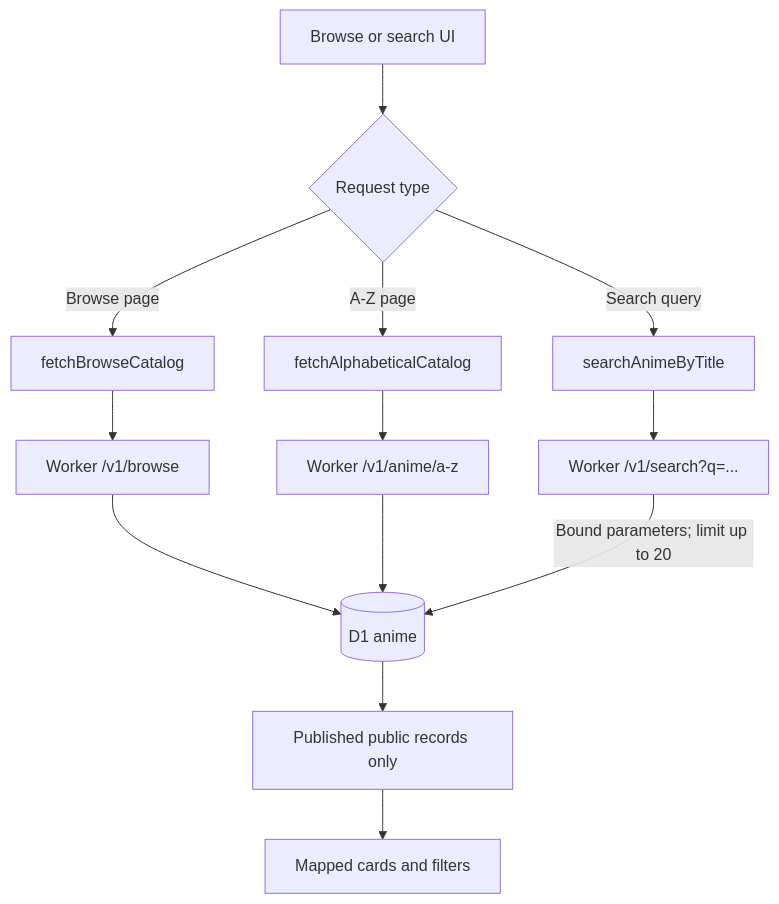
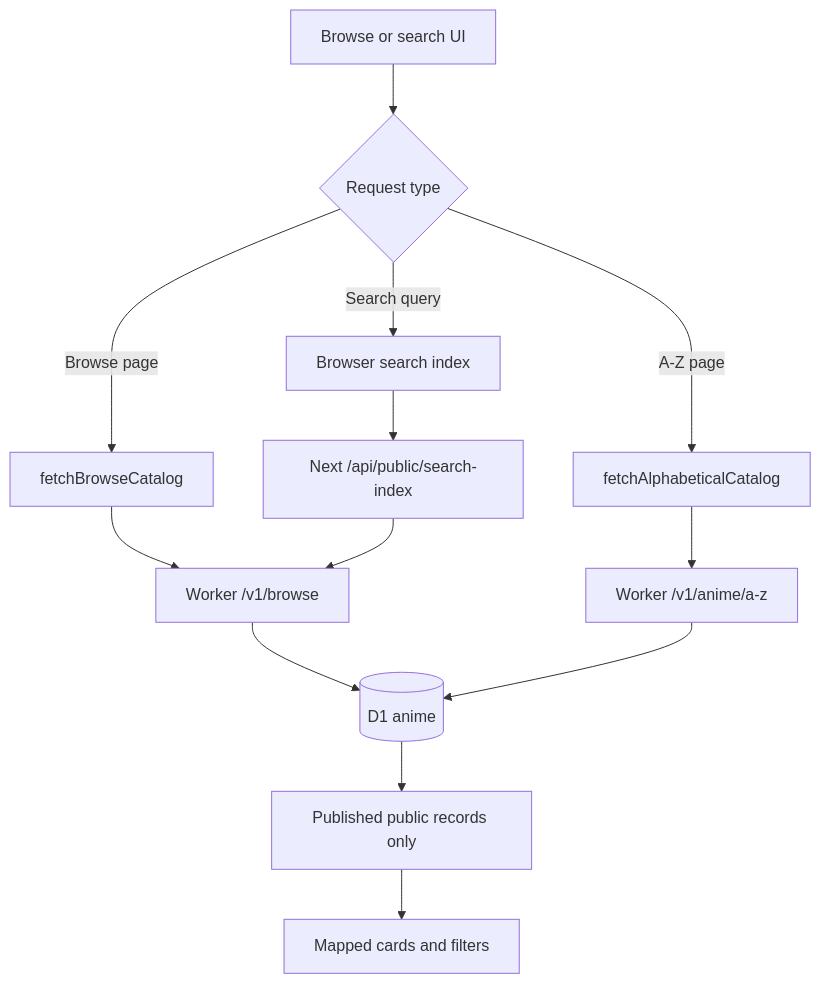
One commit to xyrusL/rioanimeplay changed the third of 8 diagrams in README.md. Above: the diagram before and after it, drawn with Mermaid. The commit also changed other lines of this file and 35 other files, not shown here.

````diff
--- a/README.md
+++ b/README.md
@@ -118,15 +118,15 @@
 ```mermaid
 flowchart TD
     B["Browse or search UI"] --> Q{"Request type"}
     Q -->|"Browse page"| BR["fetchBrowseCatalog"]
     Q -->|"A-Z page"| AZ["fetchAlphabeticalCatalog"]
-    Q -->|"Search query"| SE["searchAnimeByTitle"]
+    Q -->|"Search query"| SE["Browser search index"]
     BR --> WB["Worker /v1/browse"]
     AZ --> WA["Worker /v1/anime/a-z"]
-    SE --> WS["Worker /v1/search?q=..."]
+    SE --> SI["Next /api/public/search-index"]
     WB --> DB[("D1 anime")]
     WA --> DB
-    WS -->|"Bound parameters; limit up to 20"| DB
+    SI --> WB
     DB --> F["Published public records only"]
     F --> UI["Mapped cards and filters"]
 ```
````
